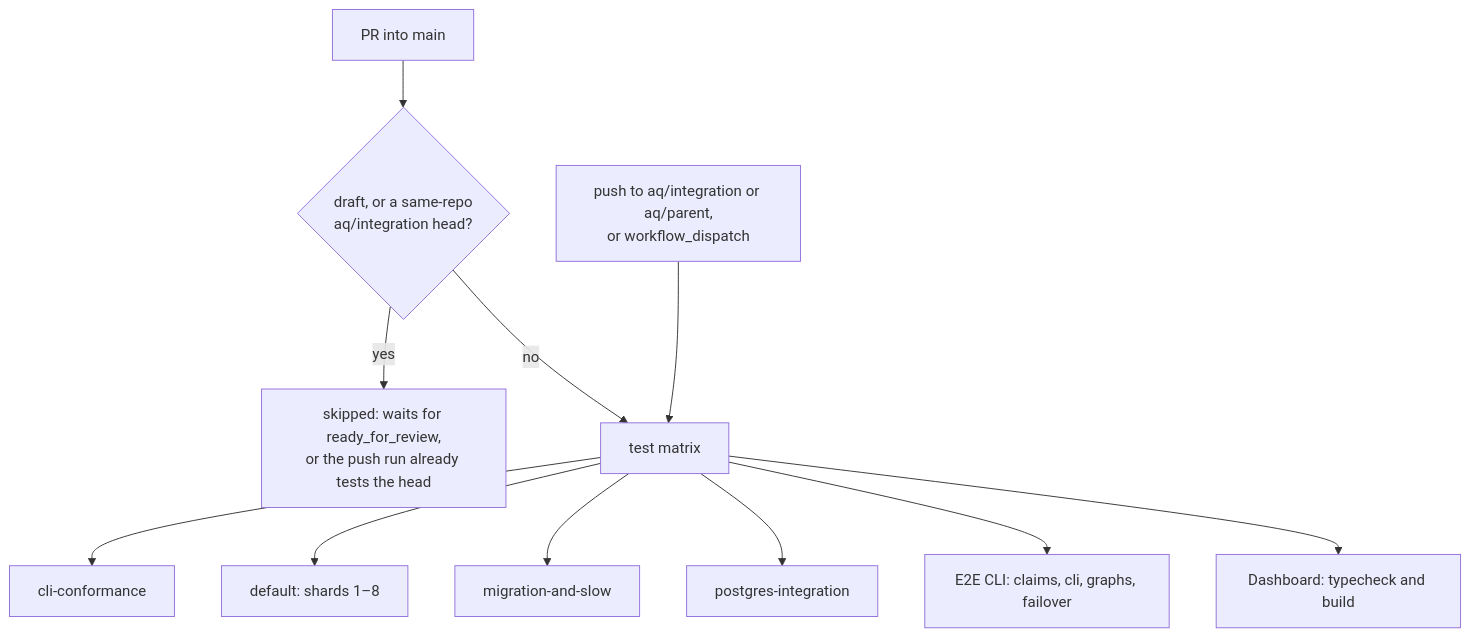
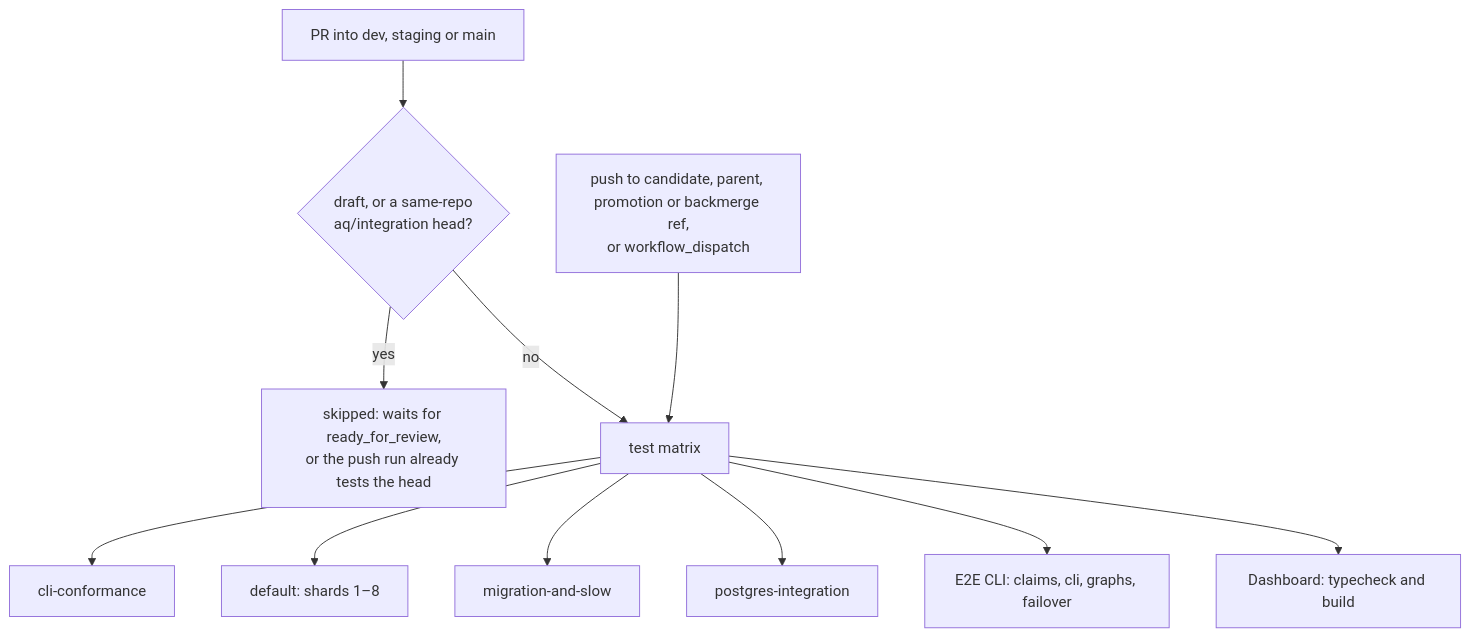
One commit to ElectricJack/agent-queue changed the diagram in docs/contributing/ci.md. Above: the diagram before and after it, drawn with Mermaid. The commit also changed other lines of this file and 6 other files, not shown here.

````diff
--- a/docs/contributing/ci.md
+++ b/docs/contributing/ci.md
@@ -56,13 +54,13 @@
 ```mermaid
 flowchart TD
-    A[PR into main] --> S{draft, or a same-repo<br/>aq/integration head?}
+    A[PR into dev, staging or main] --> S{draft, or a same-repo<br/>aq/integration head?}
     S -->|yes| D[skipped: waits for ready_for_review,<br/>or the push run already tests the head]
     S -->|no| C[test matrix]
-    B[push to aq/integration or aq/parent,<br/>or workflow_dispatch] --> C
+    B[push to candidate, parent, promotion or backmerge ref,<br/>or workflow_dispatch] --> C
     C --> E[cli-conformance]
     C --> F[default: shards 1–8]
     C --> G[migration-and-slow]
     C --> H[postgres-integration]
     C --> I[E2E CLI: claims, cli, graphs, failover]
     C --> J[Dashboard: typecheck and build]
 ```
````
